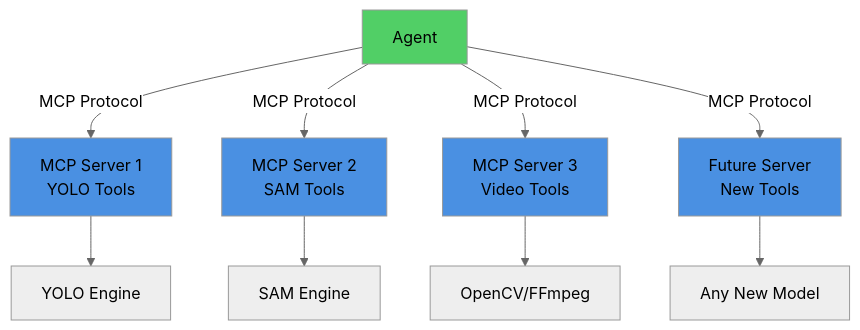
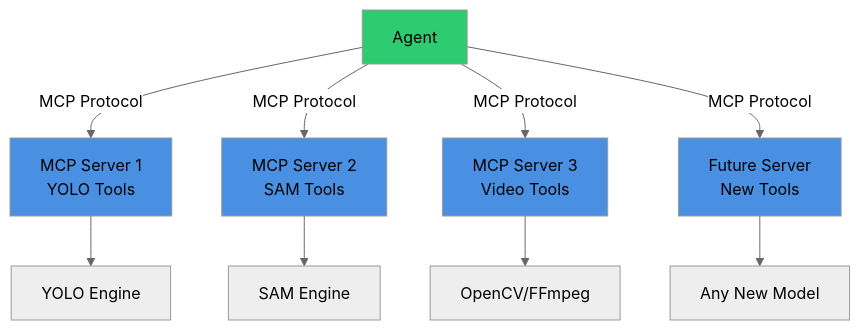
Before and after one commit to Omenranr/rag-video: diagram 15 of 35 in README.md, drawn with Mermaid (neutral theme). The commit also changed other lines of this file, not shown here.

````diff
--- a/README.md
+++ b/README.md
@@ -454,18 +454,18 @@
 ```mermaid
 graph TB
     A[Agent] -->|MCP Protocol| B[MCP Server 1<br/>YOLO Tools]
     A -->|MCP Protocol| C[MCP Server 2<br/>SAM Tools]
     A -->|MCP Protocol| D[MCP Server 3<br/>Video Tools]
     A -->|MCP Protocol| E[Future Server<br/>New Tools]
     
     B --> F[YOLO Engine]
     C --> G[SAM Engine]
     D --> H[OpenCV/FFmpeg]
     E --> I[Any New Model]
     
-    style A fill:#51cf66
+    style A fill:#2ecc71
     style B fill:#4a90e2
     style C fill:#4a90e2
     style D fill:#4a90e2
     style E fill:#4a90e2
 ```
````
